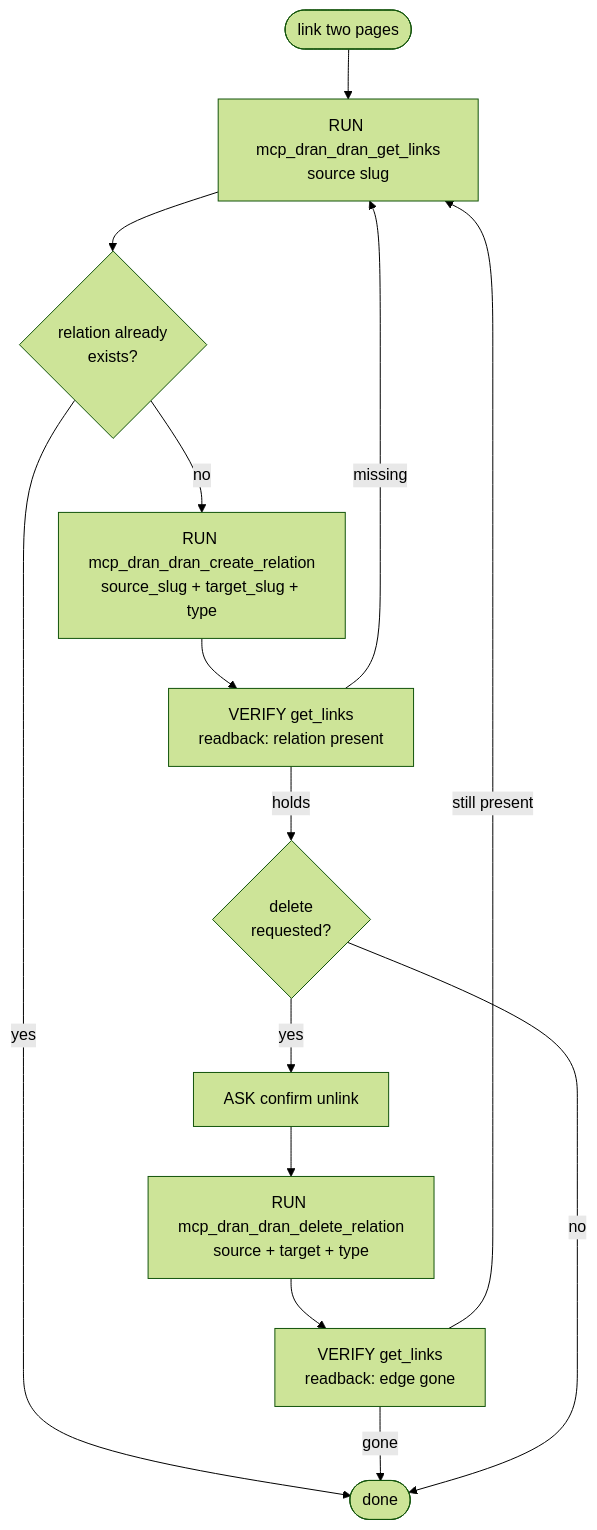
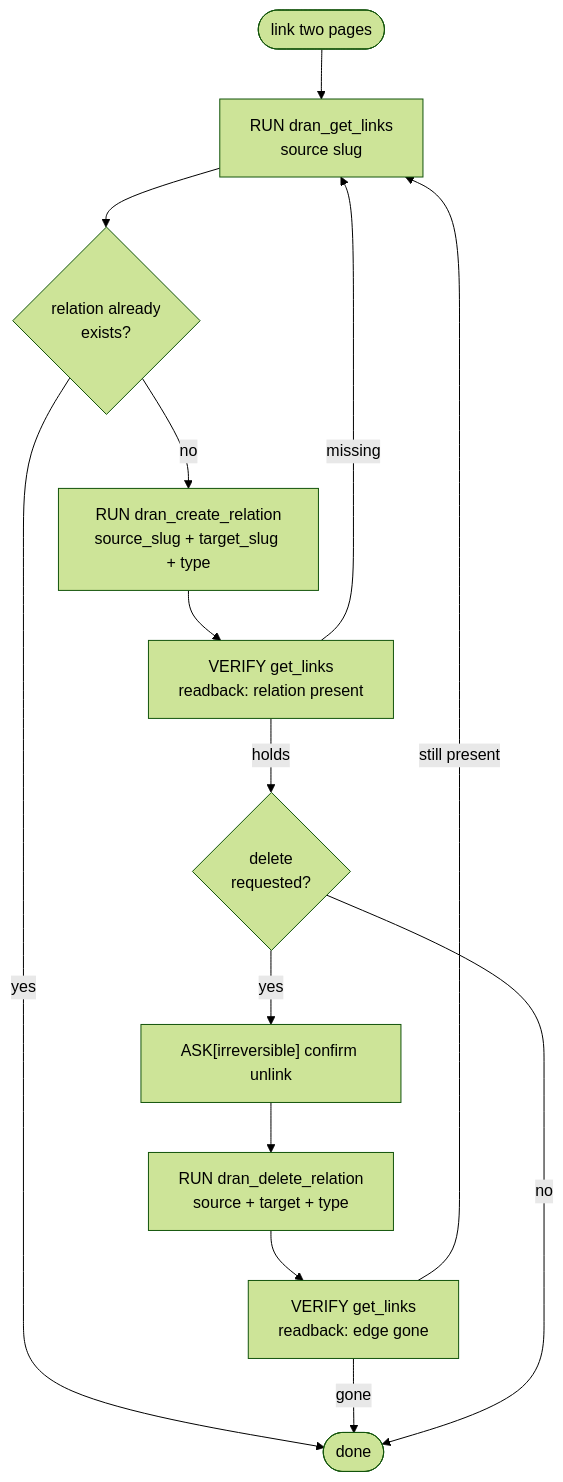
Before and after one commit to alvarolizama/dran: the second of 2 diagrams in skills/dran-relations-flow/SKILL.md, drawn with Mermaid (forest theme). The commit also changed other lines of this file and 9 other files, not shown here.

````diff
--- a/skills/dran-relations-flow/SKILL.md
+++ b/skills/dran-relations-flow/SKILL.md
@@ -38,16 +38,16 @@
 ```mermaid
 flowchart TD
-  START([link two pages]) --> S1["RUN mcp_dran_dran_get_links\nsource slug"]
+  START([link two pages]) --> S1["RUN dran_get_links\nsource slug"]
   S1 --> G1{"relation already\nexists?"}
   G1 -->|"yes"| END([idempotent - done])
-  G1 -->|"no"| S2["RUN mcp_dran_dran_create_relation\nsource_slug + target_slug + type"]
+  G1 -->|"no"| S2["RUN dran_create_relation\nsource_slug + target_slug + type"]
   S2 --> V1["VERIFY get_links\nreadback: relation present"]
   V1 -->|"missing"| S1
   V1 -->|"holds"| G2{"delete\nrequested?"}
-  G2 -->|"yes"| S3["ASK confirm unlink"]
-  S3 --> S4["RUN mcp_dran_dran_delete_relation\nsource + target + type"]
+  G2 -->|"yes"| S3["ASK[irreversible] confirm unlink"]
+  S3 --> S4["RUN dran_delete_relation\nsource + target + type"]
   S4 --> V2["VERIFY get_links\nreadback: edge gone"]
   V2 -->|"still present"| S1
   V2 -->|"gone"| END([done])
   G2 -->|"no"| END
 ```
````
